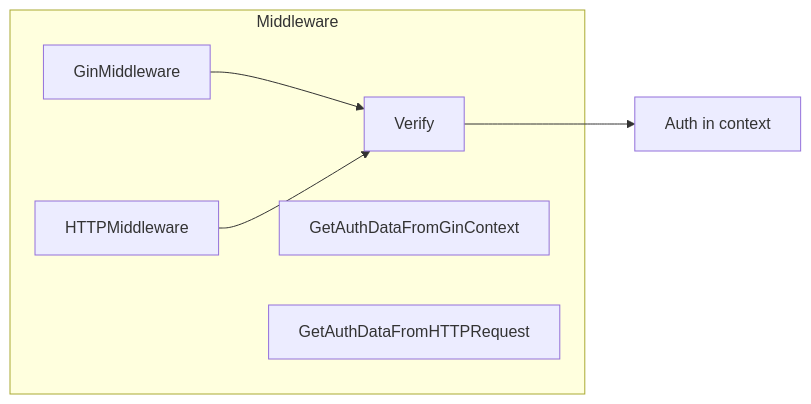
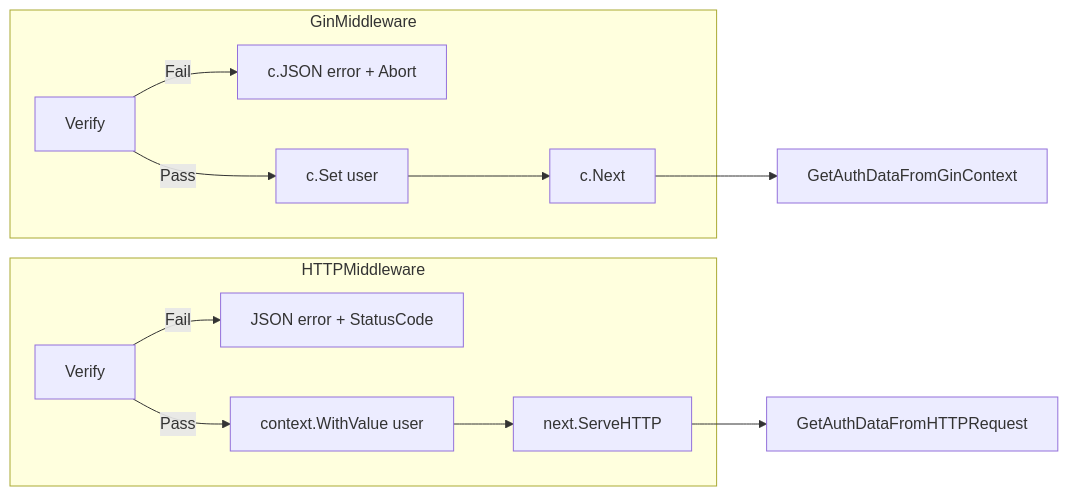
The eighth of 13 diagrams in doc/architecture.md (pardnchiu/go-jwt), drawn with Mermaid before and after one commit. The commit also changed other lines of this file and 6 other files, not shown here.

Commit message:
doc: Regenerate bilingual README, technical docs, and architecture diagrams

````diff
--- a/doc/architecture.md
+++ b/doc/architecture.md
@@ -49,10 +195,15 @@
 ```mermaid
 graph LR
-    subgraph Middleware
-        Gin[GinMiddleware] --> Verify
-        HTTP[HTTPMiddleware] --> Verify
-        GetGin[GetAuthDataFromGinContext]
-        GetHTTP[GetAuthDataFromHTTPRequest]
+    subgraph GinMiddleware
+        GV[Verify] -->|Fail| GA[c.JSON error + Abort]
+        GV -->|Pass| GS[c.Set user] --> GN[c.Next]
     end
-    Verify[Verify] --> Auth[Auth in context]
+
+    subgraph HTTPMiddleware
+        HV[Verify] -->|Fail| HE[JSON error + StatusCode]
+        HV -->|Pass| HC[context.WithValue user] --> HN[next.ServeHTTP]
+    end
+
+    GN --> GG[GetAuthDataFromGinContext]
+    HN --> HG[GetAuthDataFromHTTPRequest]
 ```
````
